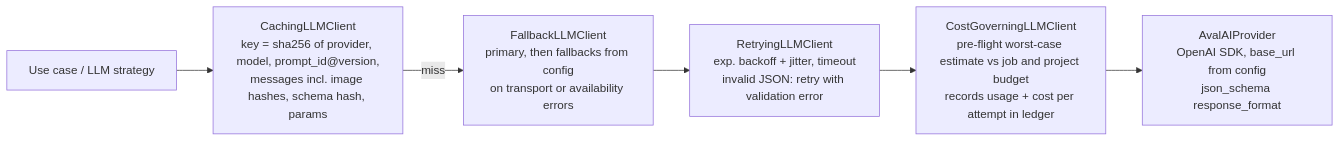
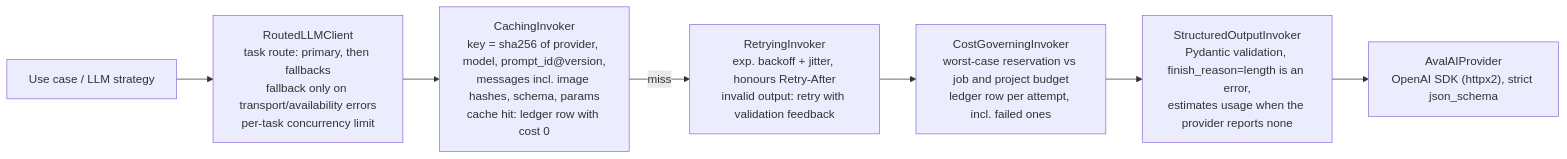
One commit to peyman886/villasanj changed the fifth of 6 diagrams in docs/ARCHITECTURE.md. Above: the diagram before and after it, drawn with Mermaid. The commit also changed other lines of this file and 14 other files, not shown here.

````diff
--- a/docs/ARCHITECTURE.md
+++ b/docs/ARCHITECTURE.md
@@ -385,8 +385,9 @@
 ```mermaid
 flowchart LR
-  UC["Use case / LLM strategy"] --> C["CachingLLMClient<br/>key = sha256 of provider, model, prompt_id@version,<br/>messages incl. image hashes, schema hash, params"]
-  C -->|miss| F["FallbackLLMClient<br/>primary, then fallbacks from config<br/>on transport or availability errors"]
-  F --> R["RetryingLLMClient<br/>exp. backoff + jitter, timeout<br/>invalid JSON: retry with validation error"]
-  R --> G["CostGoverningLLMClient<br/>pre-flight worst-case estimate vs job and project budget<br/>records usage + cost per attempt in ledger"]
-  G --> P["AvalAIProvider<br/>OpenAI SDK, base_url from config<br/>json_schema response_format"]
+  UC["Use case / LLM strategy"] --> RC["RoutedLLMClient<br/>task route: primary, then fallbacks<br/>fallback only on transport/availability errors<br/>per-task concurrency limit"]
+  RC --> C["CachingInvoker<br/>key = sha256 of provider, model, prompt_id@version,<br/>messages incl. image hashes, schema, params<br/>cache hit: ledger row with cost 0"]
+  C -->|miss| R["RetryingInvoker<br/>exp. backoff + jitter, honours Retry-After<br/>invalid output: retry with validation feedback"]
+  R --> G["CostGoverningInvoker<br/>worst-case reservation vs job and project budget<br/>ledger row per attempt, incl. failed ones"]
+  G --> S["StructuredOutputInvoker<br/>Pydantic validation, finish_reason=length is an error,<br/>estimates usage when the provider reports none"]
+  S --> P["AvalAIProvider<br/>OpenAI SDK (httpx2), strict json_schema"]
 ```
````
